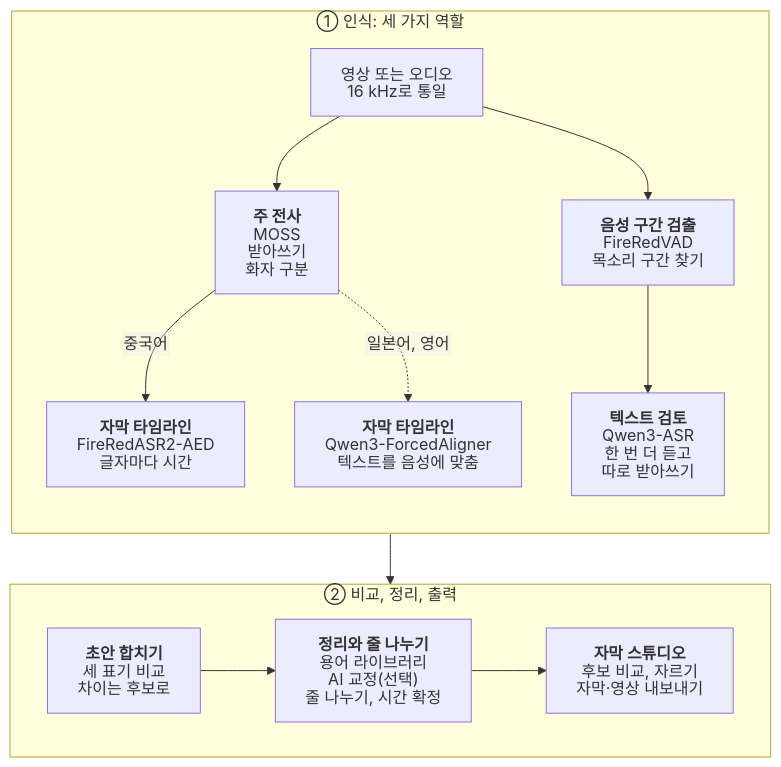
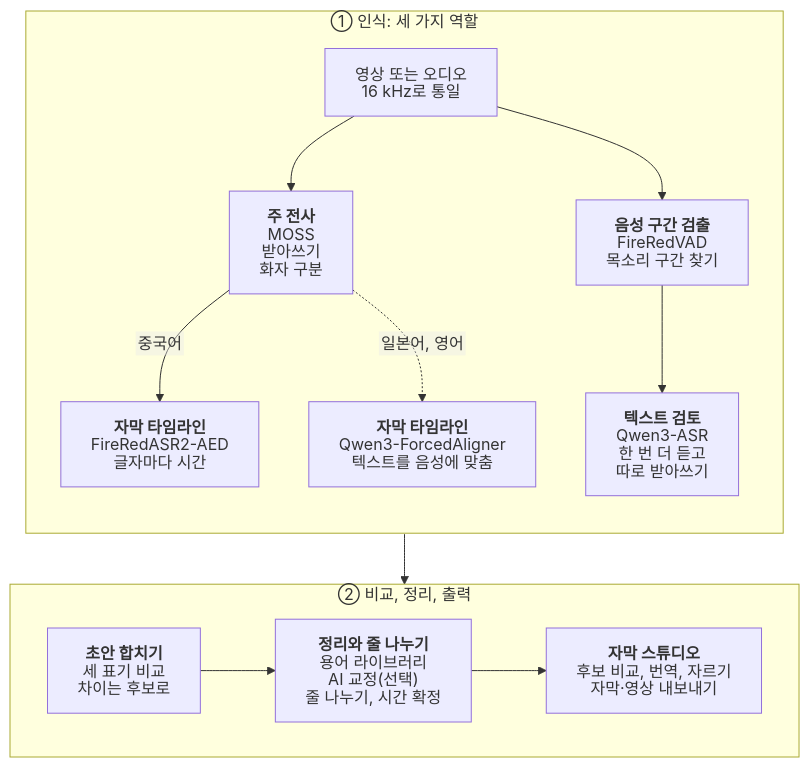
One commit to NOTBAD314/2ByteASR changed the diagram in README_KO.md. Above: the diagram before and after it, drawn with Mermaid. The commit also changed other lines of this file and 46 other files, not shown here.

First line of the commit message:
docs: README 改版为「字幕剪辑翻译工作台」，四种语言换上 0.8.7 真实截图 [skip ci]

````diff
--- a/README_KO.md
+++ b/README_KO.md
@@ -166,38 +176,38 @@
 ```mermaid
 %%{init: {"htmlLabels": false, "markdownAutoWrap": false, "flowchart": {"htmlLabels": false, "wrappingWidth": 400}}}%%
 flowchart TB
     subgraph REC["① 인식: 세 가지 역할"]
         direction TB
         A["`영상 또는 오디오
 16 kHz로 통일`"] --> M["`**주 전사**
 MOSS
 받아쓰기
 화자 구분`"]
         A --> V["`**음성 구간 검출**
 FireRedVAD
 목소리 구간 찾기`"]
         M -->|중국어| F["`**자막 타임라인**
 FireRedASR2-AED
 글자마다 시간`"]
         M -.->|일본어, 영어| Q["`**자막 타임라인**
 Qwen3-ForcedAligner
 텍스트를 음성에 맞춤`"]
         V --> R["`**텍스트 검토**
 Qwen3-ASR
 한 번 더 듣고
 따로 받아쓰기`"]
     end
     subgraph POST["② 비교, 정리, 출력"]
         direction LR
         D["`**초안 합치기**
 세 표기 비교
 차이는 후보로`"] --> T["`**정리와 줄 나누기**
 용어 라이브러리
 AI 교정(선택)
 줄 나누기, 시간 확정`"]
         T --> P["`**자막 스튜디오**
-후보 비교, 자르기
+후보 비교, 번역, 자르기
 자막·영상 내보내기`"]
     end
     REC --> POST
 ```
````
